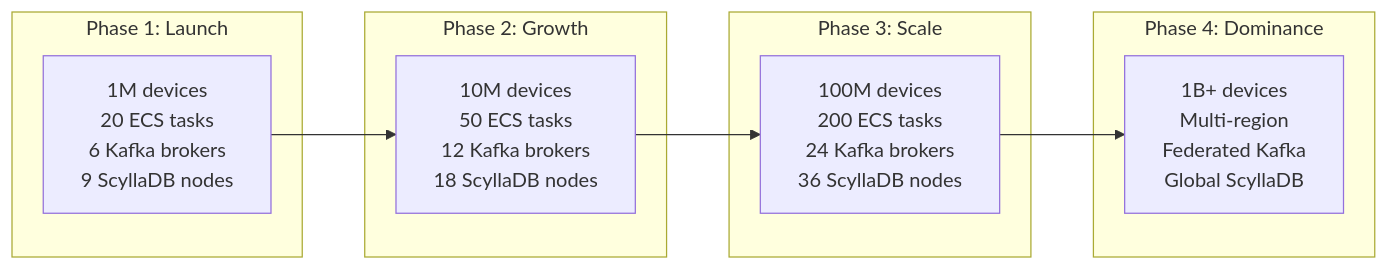
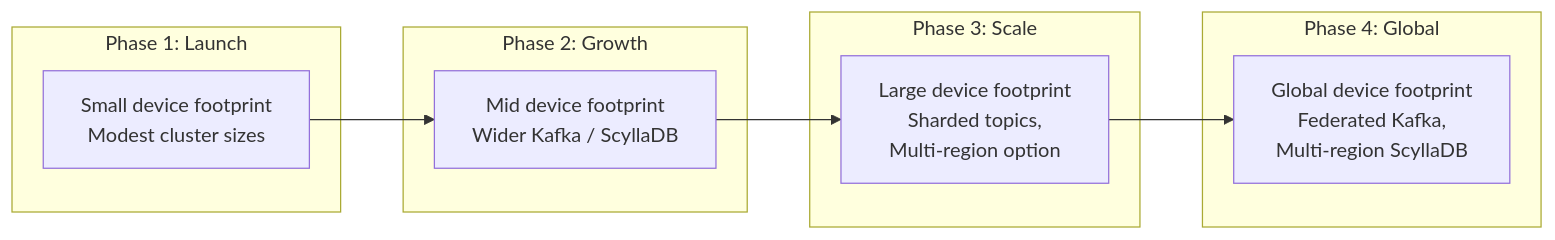
Before and after one commit to ksmettela/Synora: diagram 12 of 12 in PRODUCT_BLOG.md, drawn with Mermaid. The commit also changed other lines of this file and 27 other files, not shown here.

````diff
--- a/PRODUCT_BLOG.md
+++ b/PRODUCT_BLOG.md
@@ -717,20 +653,20 @@
 ```mermaid
 graph LR
     subgraph "Phase 1: Launch"
-        P1["1M devices<br/>20 ECS tasks<br/>6 Kafka brokers<br/>9 ScyllaDB nodes"]
+        P1["Small device footprint<br/>Modest cluster sizes"]
     end
 
     subgraph "Phase 2: Growth"
-        P2["10M devices<br/>50 ECS tasks<br/>12 Kafka brokers<br/>18 ScyllaDB nodes"]
+        P2["Mid device footprint<br/>Wider Kafka / ScyllaDB"]
     end
 
     subgraph "Phase 3: Scale"
-        P3["100M devices<br/>200 ECS tasks<br/>24 Kafka brokers<br/>36 ScyllaDB nodes"]
+        P3["Large device footprint<br/>Sharded topics,<br/>Multi-region option"]
     end
 
-    subgraph "Phase 4: Dominance"
-        P4["1B+ devices<br/>Multi-region<br/>Federated Kafka<br/>Global ScyllaDB"]
+    subgraph "Phase 4: Global"
+        P4["Global device footprint<br/>Federated Kafka,<br/>Multi-region ScyllaDB"]
     end
 
     P1 --> P2 --> P3 --> P4
 ```
````
